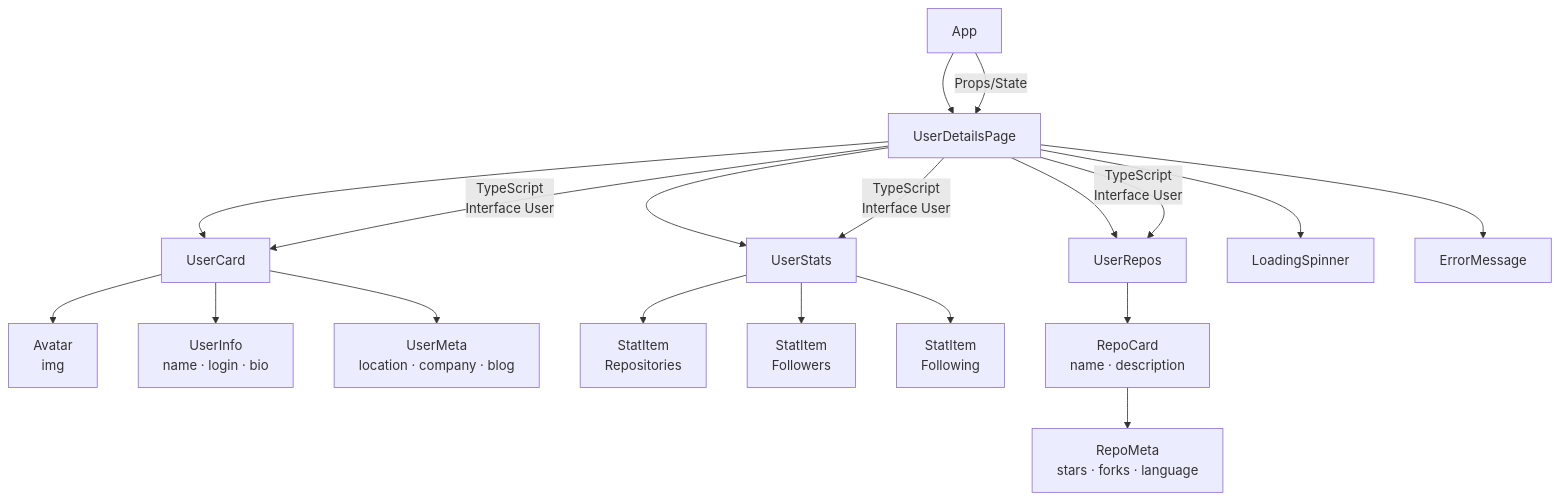
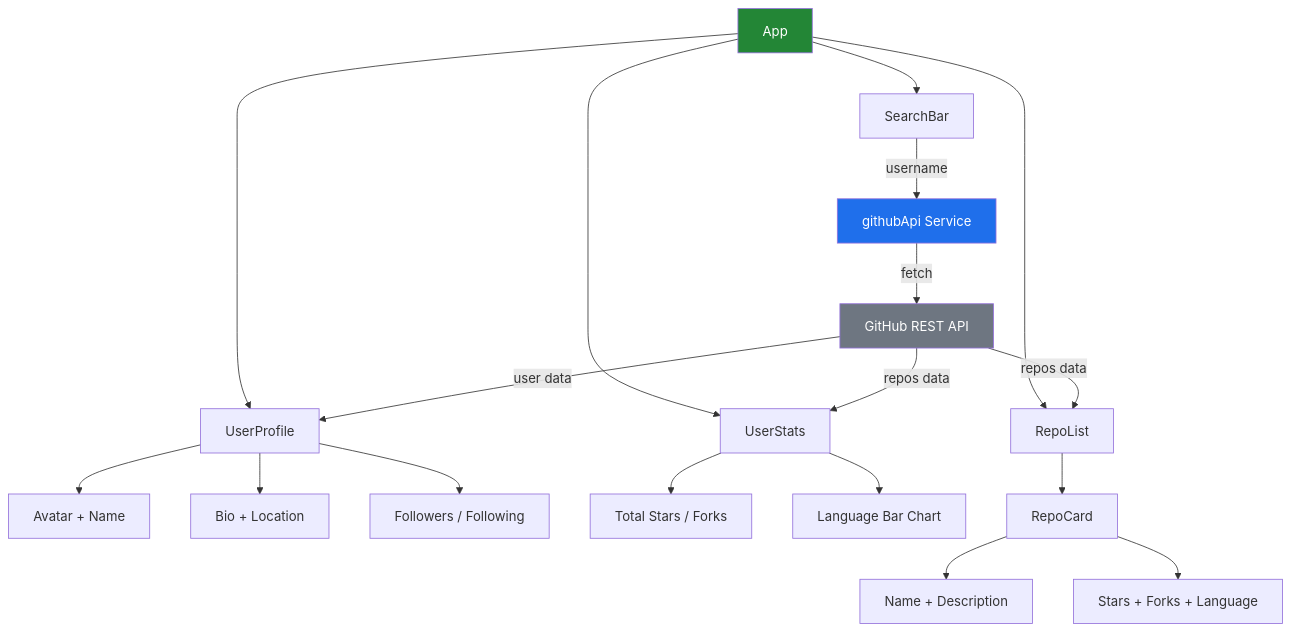
Before and after one commit to galafis/Criando-a-Pagina-Com-os-Detalhes-do-Usuario-Com-React: the second of 2 diagrams in README.md, drawn with Mermaid. The commit also changed other lines of this file and 9 other files, not shown here.

Commit message:
feat: implement React user profile page with dynamic components

````diff
--- a/README.md
+++ b/README.md
@@ -121,25 +108,28 @@
 ```mermaid
 graph TD
-    A[App] --> B[UserDetailsPage]
+    A[App] --> B[SearchBar]
+    A --> C[UserProfile]
+    A --> D[UserStats]
+    A --> E[RepoList]
 
-    B --> C[UserCard]
-    B --> D[UserStats]
-    B --> E[UserRepos]
+    B -->|username| F[githubApi Service]
+    F -->|fetch| G[GitHub REST API]
+    G -->|user data| C
+    G -->|repos data| D
+    G -->|repos data| E
 
-    C --> C1[Avatar\nimg]
-    C --> C2[UserInfo\nname · login · bio]
-    C --> C3[UserMeta\nlocation · company · blog]
+    C --> C1[Avatar + Name]
+    C --> C2[Bio + Location]
+    C --> C3[Followers / Following]
 
-    D --> D1[StatItem\nRepositories]
-    D --> D2[StatItem\nFollowers]
-    D --> D3[StatItem\nFollowing]
+    D --> D1[Total Stars / Forks]
+    D --> D2[Language Bar Chart]
 
-    E --> E1[RepoCard\nname · description]
-    E1 --> E1a[RepoMeta\nstars · forks · language]
+    E --> E1[RepoCard]
+    E1 --> E1a[Name + Description]
+    E1 --> E1b[Stars + Forks + Language]
 
-    B --> F[LoadingSpinner]
-    B --> G[ErrorMessage]
-
-    A -->|Props/State| B
-    B -->|TypeScript\nInterface User| C & D & E
+    style A fill:#238636,color:#fff
+    style F fill:#1f6feb,color:#fff
+    style G fill:#6e7681,color:#fff
 ```
````
